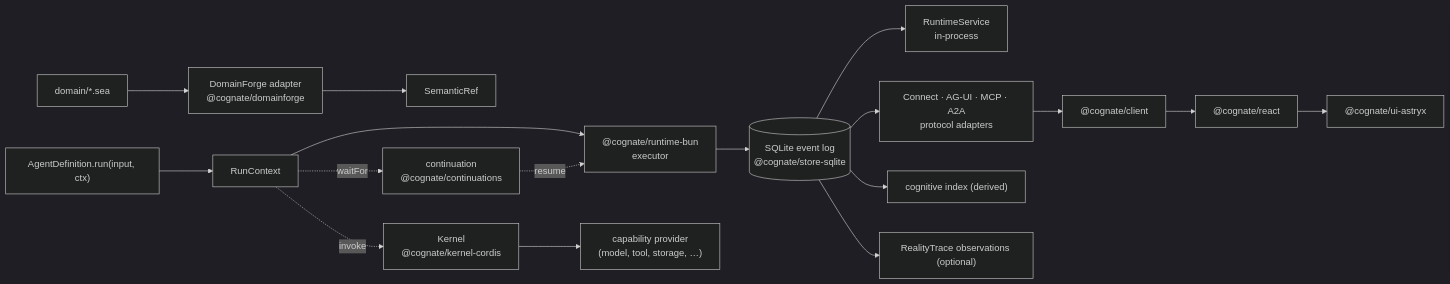
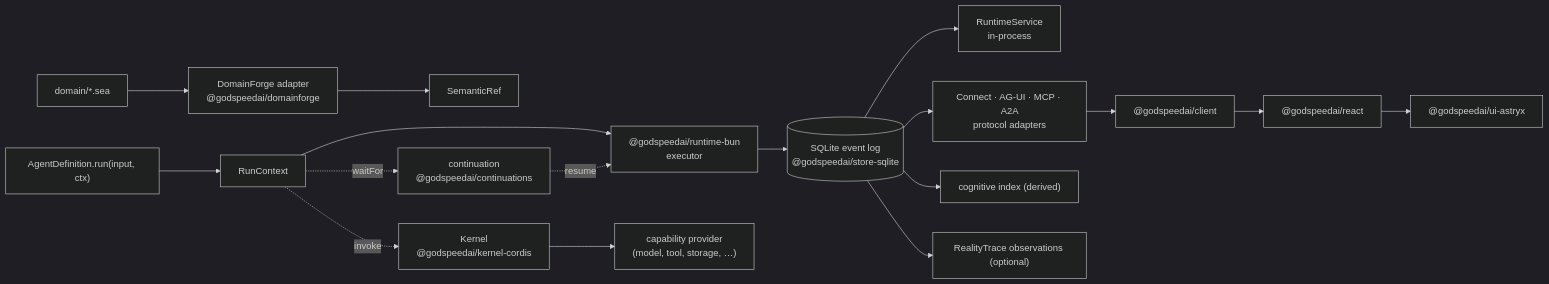
The diagram in docs/README.md (GodSpeedAI/Cognate), drawn with Mermaid (dark theme) before and after one commit. The commit also changed 387 other files, not shown here.

````diff
--- a/docs/README.md
+++ b/docs/README.md
@@ -25,21 +25,21 @@
 ```mermaid
 flowchart LR
-    SEA["domain/*.sea"] --> DF["DomainForge adapter<br/>@cognate/domainforge"]
+    SEA["domain/*.sea"] --> DF["DomainForge adapter<br/>@godspeedai/domainforge"]
     DF --> REF["SemanticRef"]
 
     AG["AgentDefinition.run(input, ctx)"] --> RC["RunContext"]
-    RC --> EX["@cognate/runtime-bun<br/>executor"]
-    EX --> ST[("SQLite event log<br/>@cognate/store-sqlite")]
-    RC -.invoke.-> KN["Kernel<br/>@cognate/kernel-cordis"]
+    RC --> EX["@godspeedai/runtime-bun<br/>executor"]
+    EX --> ST[("SQLite event log<br/>@godspeedai/store-sqlite")]
+    RC -.invoke.-> KN["Kernel<br/>@godspeedai/kernel-cordis"]
     KN --> PR["capability provider<br/>(model, tool, storage, …)"]
-    RC -.waitFor.-> CT["continuation<br/>@cognate/continuations"]
+    RC -.waitFor.-> CT["continuation<br/>@godspeedai/continuations"]
     CT -.resume.-> EX
 
     ST --> SVC["RuntimeService<br/>in-process"]
     ST --> CP["Connect · AG-UI · MCP · A2A<br/>protocol adapters"]
-    CP --> CL["@cognate/client"]
-    CL --> RE["@cognate/react"]
-    RE --> UI["@cognate/ui-astryx"]
+    CP --> CL["@godspeedai/client"]
+    CL --> RE["@godspeedai/react"]
+    RE --> UI["@godspeedai/ui-astryx"]
     ST --> COG["cognitive index (derived)"]
     ST --> OBS["RealityTrace observations (optional)"]
 ```
````
